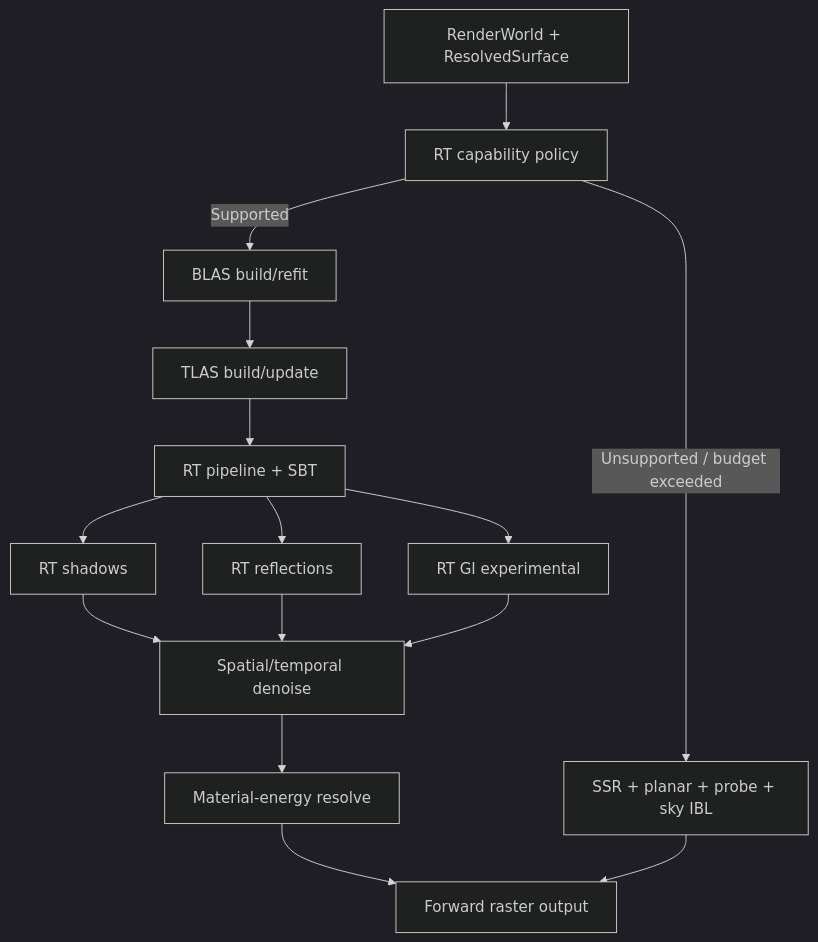
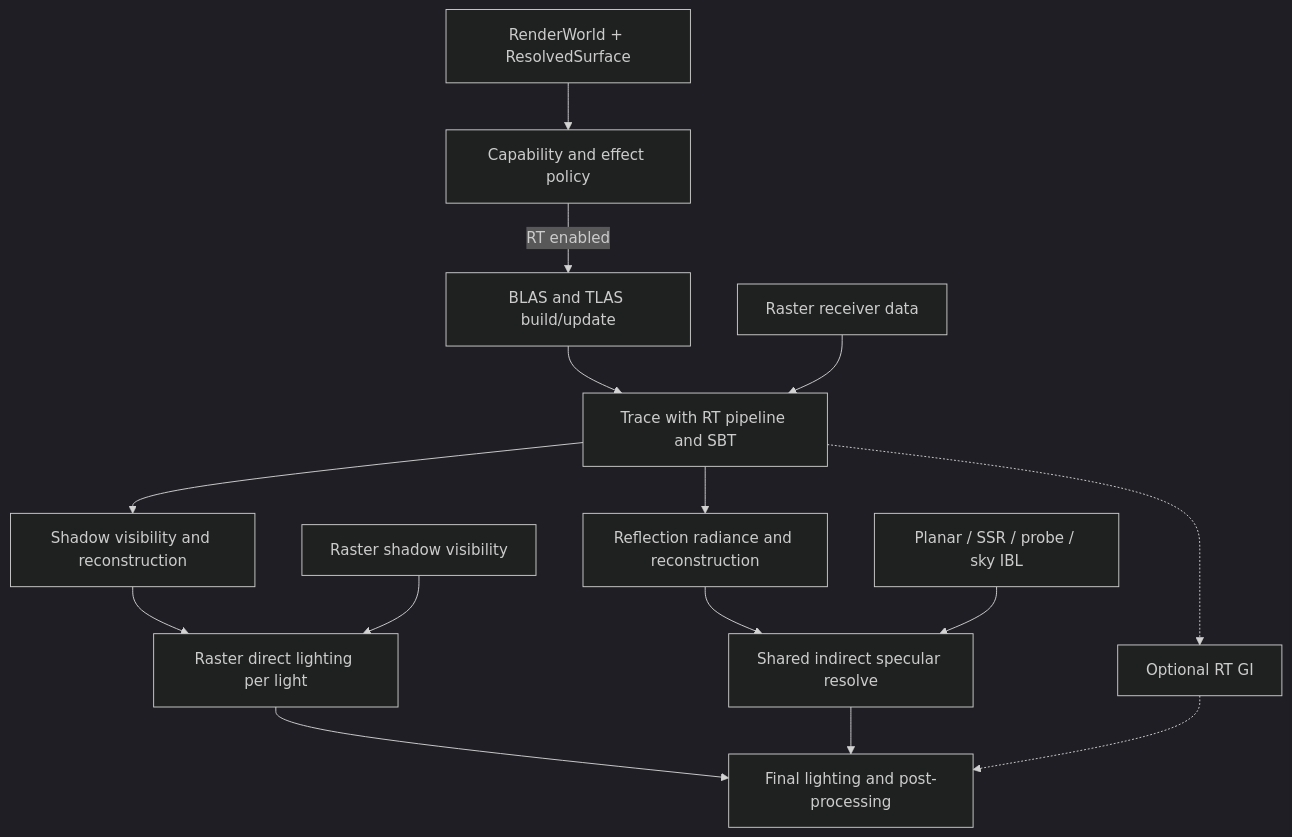
One commit to nguyenphong0210/AxleEngine changed the diagram in docs/milestones/MILESTONE_16_RAY_TRACING/ARCHITECTURE.md. Above: the diagram before and after it, drawn with Mermaid (dark theme). The commit also changed other lines of this file and 1 other file, not shown here.

Commit message:
docs(m16): define execution batches and acceptance gates

````diff
--- a/docs/milestones/MILESTONE_16_RAY_TRACING/ARCHITECTURE.md
+++ b/docs/milestones/MILESTONE_16_RAY_TRACING/ARCHITECTURE.md
@@ -23,17 +23,17 @@
 ```mermaid
 flowchart TD
-    A[RenderWorld + ResolvedSurface] --> B[RT capability policy]
-    B -->|Supported| C[BLAS build/refit]
-    C --> D[TLAS build/update]
-    D --> E[RT pipeline + SBT]
-    E --> F[RT shadows]
-    E --> G[RT reflections]
-    E --> H[RT GI experimental]
-    F --> I[Spatial/temporal denoise]
-    G --> I
-    H --> I
-    I --> J[Material-energy resolve]
-    J --> K[Forward raster output]
-    B -->|Unsupported / budget exceeded| L[SSR + planar + probe + sky IBL]
-    L --> K
+    A[RenderWorld + ResolvedSurface] --> B[Capability and effect policy]
+    B -->|RT enabled| C[BLAS and TLAS build/update]
+    C --> D[Trace with RT pipeline and SBT]
+    V[Raster receiver data] --> D
+    D --> E[Shadow visibility and reconstruction]
+    D --> F[Reflection radiance and reconstruction]
+    D -.-> G[Optional RT GI]
+    E --> H[Raster direct lighting per light]
+    I[Raster shadow visibility] --> H
+    F --> J[Shared indirect specular resolve]
+    K[Planar / SSR / probe / sky IBL] --> J
+    H --> L[Final lighting and post-processing]
+    J --> L
+    G -.-> L
 ```
````
